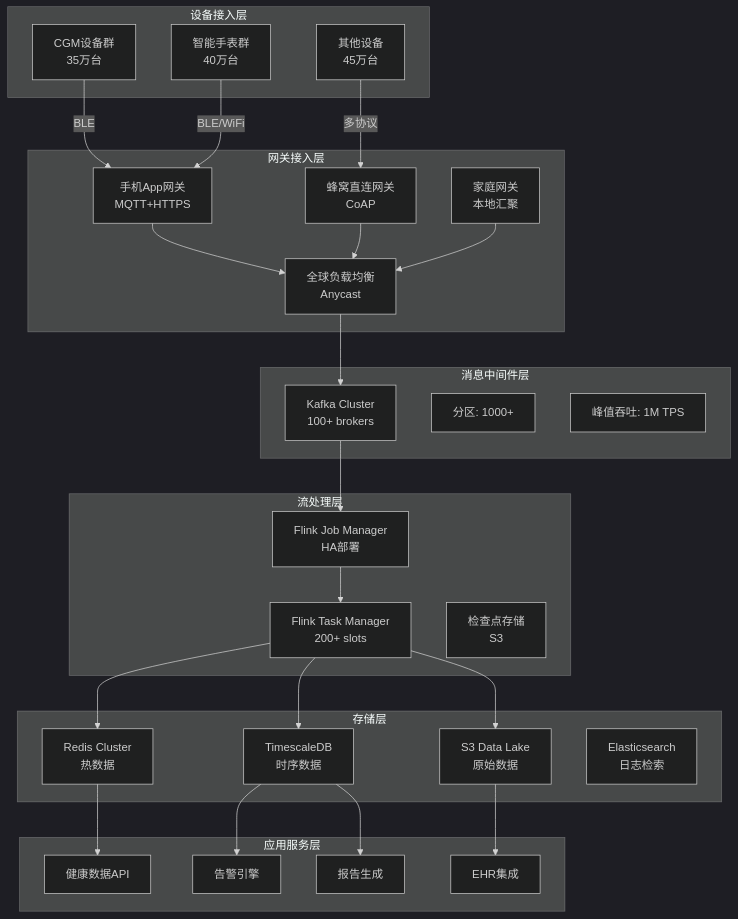
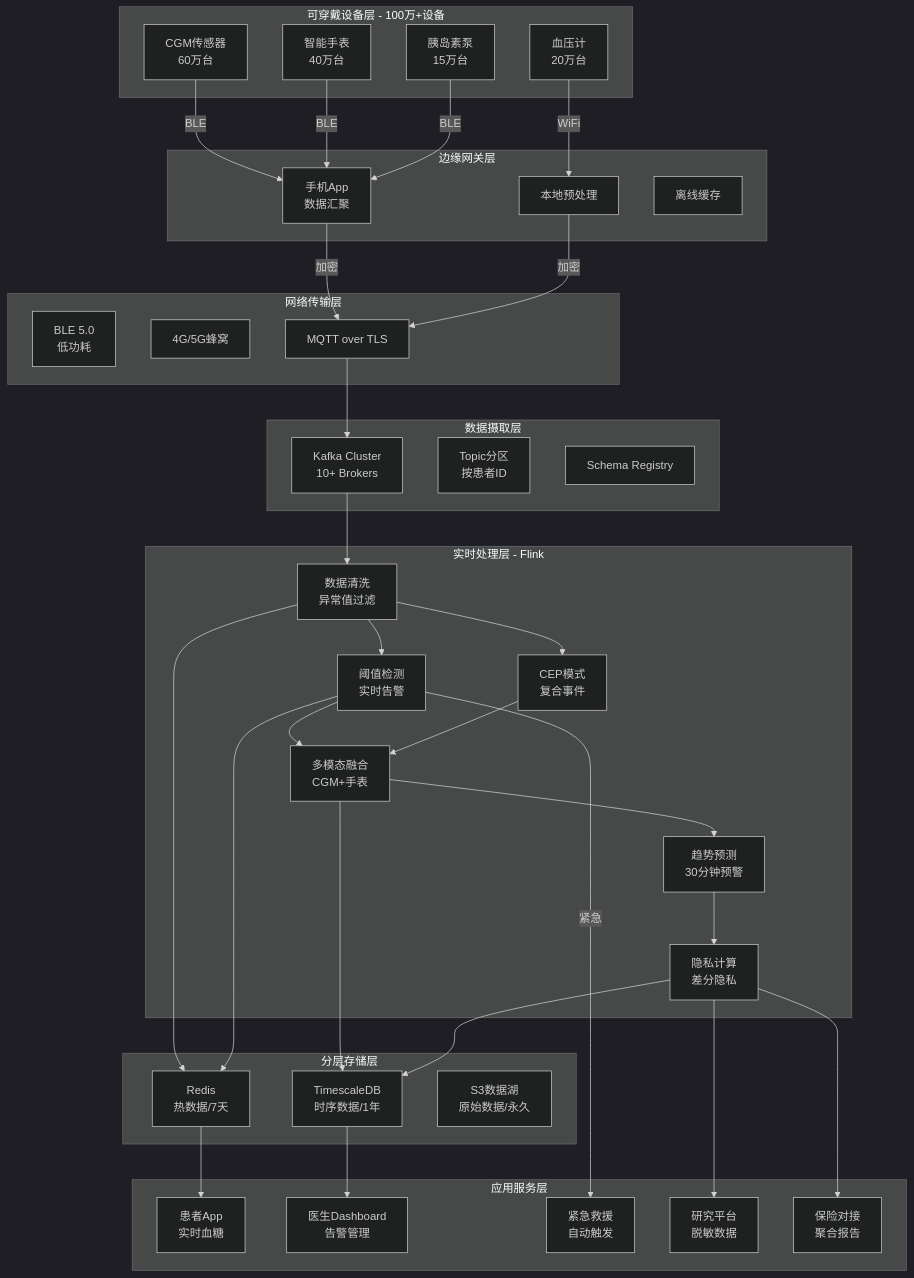
Before and after one commit to AdaMartin18010/AnalysisDataFlow: the third of 6 diagrams in Flink-IoT-Authority-Alignment/Phase-8-Wearables/case-wearables-health-complete.md, drawn with Mermaid (dark theme). The commit also changed other lines of this file and 8 other files, not shown here.

````diff
--- a/Flink-IoT-Authority-Alignment/Phase-8-Wearables/case-wearables-health-complete.md
+++ b/Flink-IoT-Authority-Alignment/Phase-8-Wearables/case-wearables-health-complete.md
@@ -134,58 +2774,74 @@
 ```mermaid
 graph TB
-    subgraph Device[设备接入层]
-        D1[CGM设备群<br/>35万台]
-        D2[智能手表群<br/>40万台]
-        D3[其他设备<br/>45万台]
+    subgraph DeviceLayer[可穿戴设备层 - 100万+设备]
+        D1[CGM传感器<br/>60万台]
+        D2[智能手表<br/>40万台]
+        D3[胰岛素泵<br/>15万台]
+        D4[血压计<br/>20万台]
     end
 
-    subgraph Gateway[网关接入层]
-        G1[手机App网关<br/>MQTT+HTTPS]
-        G2[蜂窝直连网关<br/>CoAP]
-        G3[家庭网关<br/>本地汇聚]
-        LB[全球负载均衡<br/>Anycast]
+    subgraph EdgeLayer[边缘网关层]
+        G1[手机App<br/>数据汇聚]
+        G2[本地预处理]
+        G3[离线缓存]
     end
 
-    subgraph Message[消息中间件层]
-        K1[Kafka Cluster<br/>100+ brokers]
-        K2[分区: 1000+]
-        K3[峰值吞吐: 1M TPS]
+    subgraph NetworkLayer[网络传输层]
+        N1[BLE 5.0<br/>低功耗]
+        N2[4G/5G蜂窝]
+        N3[MQTT over TLS]
     end
 
-    subgraph Stream[流处理层]
-        F1[Flink Job Manager<br/>HA部署]
-        F2[Flink Task Manager<br/>200+ slots]
-        F3[检查点存储<br/>S3]
+    subgraph IngestionLayer[数据摄取层]
+        K1[Kafka Cluster<br/>10+ Brokers]
+        K2[Topic分区<br/>按患者ID]
+        K3[Schema Registry]
     end
 
-    subgraph Storage[存储层]
-        S1[Redis Cluster<br/>热数据]
-        S2[TimescaleDB<br/>时序数据]
-        S3[S3 Data Lake<br/>原始数据]
-        S4[Elasticsearch<br/>日志检索]
+    subgraph ProcessingLayer[实时处理层 - Flink]
+        F1[数据清洗<br/>异常值过滤]
+        F2[阈值检测<br/>实时告警]
+        F3[CEP模式<br/>复合事件]
+        F4[多模态融合<br/>CGM+手表]
+        F5[趋势预测<br/>30分钟预警]
+        F6[隐私计算<br/>差分隐私]
     end
 
-    subgraph Service[应用服务层]
-        A1[健康数据API]
-        A2[告警引擎]
-        A3[报告生成]
-        A4[EHR集成]
+    subgraph StorageLayer[分层存储层]
+        S1[Redis<br/>热数据/7天]
+        S2[TimescaleDB<br/>时序数据/1年]
+        S3[S3数据湖<br/>原始数据/永久]
+    end
+
+    subgraph AppLayer[应用服务层]
+        A1[患者App<br/>实时血糖]
+        A2[医生Dashboard<br/>告警管理]
+        A3[紧急救援<br/>自动触发]
+        A4[研究平台<br/>脱敏数据]
+        A5[保险对接<br/>聚合报告]
     end
 
     D1 -->|BLE| G1
-    D2 -->|BLE/WiFi| G1
-    D3 -->|多协议| G2
-    G1 --> LB
-    G2 --> LB
-    G3 --> LB
-    LB --> K1
+    D2 -->|BLE| G1
+    D3 -->|BLE| G1
+    D4 -->|WiFi| G2
+    G1 -->|加密| N3
+    G2 -->|加密| N3
+    N3 --> K1
     K1 --> F1
     F1 --> F2
+    F1 --> F3
+    F2 --> F4
+    F3 --> F4
+    F4 --> F5
+    F5 --> F6
+    F1 --> S1
     F2 --> S1
-    F2 --> S2
-    F2 --> S3
+    F4 --> S2
+    F6 --> S2
     S1 --> A1
     S2 --> A2
-    S2 --> A3
-    S3 --> A4
+    F2 -->|紧急| A3
+    F6 --> A4
+    F6 --> A5
 ```
````
